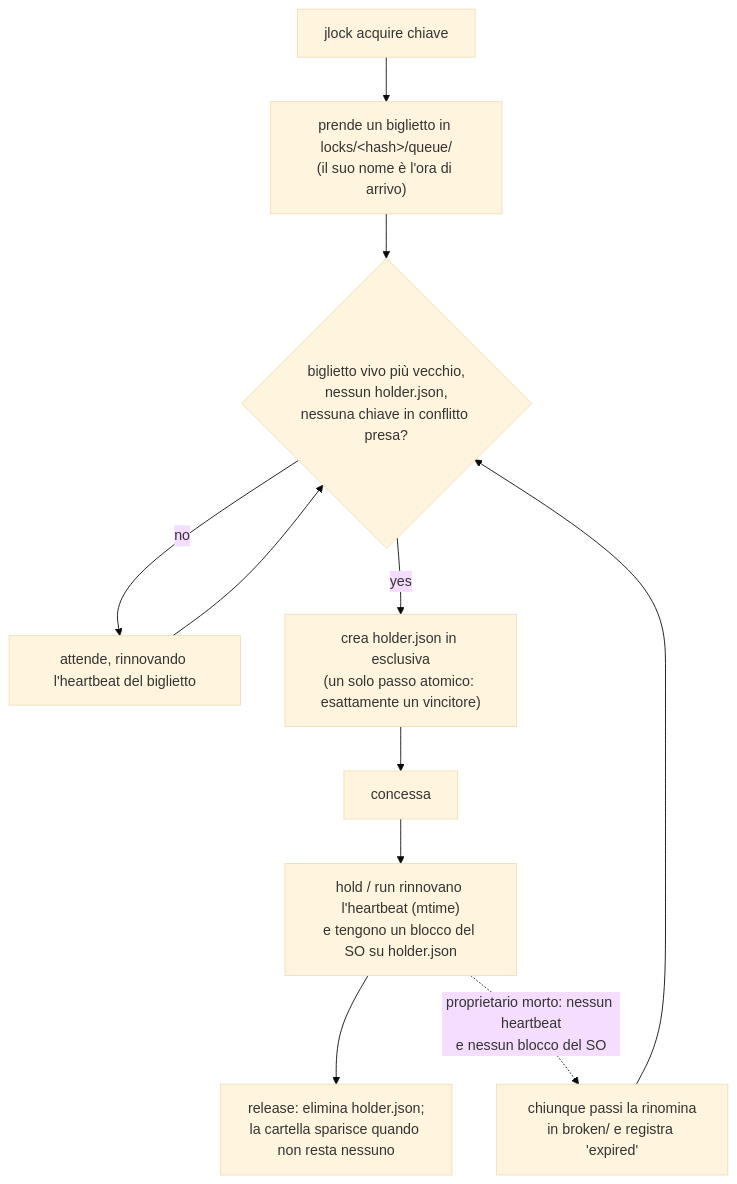
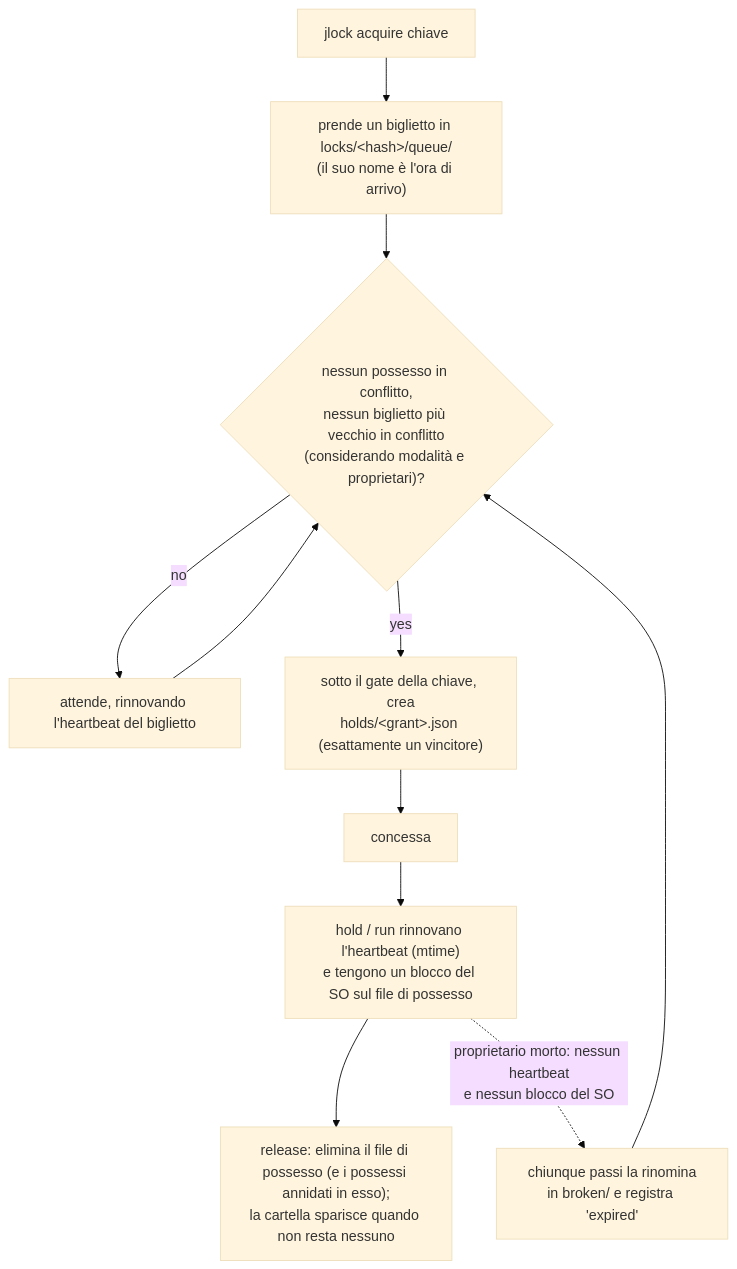
The diagram in README.it.md (rodrigojager/jlock), drawn with Mermaid (base theme) before and after one commit. The commit also changed other lines of this file and 10 other files, not shown here.

````diff
--- a/README.it.md
+++ b/README.it.md
@@ -219,12 +268,12 @@
 ```mermaid
 flowchart TD
     A["jlock acquire chiave"] --> B["prende un biglietto in locks/&lt;hash&gt;/queue/<br/>(il suo nome è l'ora di arrivo)"]
-    B --> C{"biglietto vivo più vecchio,<br/>nessun holder.json,<br/>nessuna chiave in conflitto presa?"}
+    B --> C{"nessun possesso in conflitto,<br/>nessun biglietto più vecchio in conflitto<br/>(considerando modalità e proprietari)?"}
     C -- no --> W["attende, rinnovando l'heartbeat del biglietto"] --> C
-    C -- yes --> D["crea holder.json in esclusiva<br/>(un solo passo atomico: esattamente un vincitore)"]
+    C -- yes --> D["sotto il gate della chiave, crea<br/>holds/&lt;grant&gt;.json (esattamente un vincitore)"]
     D --> E["concessa"]
-    E --> H["hold / run rinnovano l'heartbeat (mtime)<br/>e tengono un blocco del SO su holder.json"]
-    H --> R["release: elimina holder.json;<br/>la cartella sparisce quando non resta nessuno"]
+    E --> H["hold / run rinnovano l'heartbeat (mtime)<br/>e tengono un blocco del SO sul file di possesso"]
+    H --> R["release: elimina il file di possesso (e i possessi annidati in esso);<br/>la cartella sparisce quando non resta nessuno"]
     H -. "proprietario morto: nessun heartbeat<br/>e nessun blocco del SO" .-> X["chiunque passi la rinomina<br/>in broken/ e registra 'expired'"]
     X --> C
 ```
````
